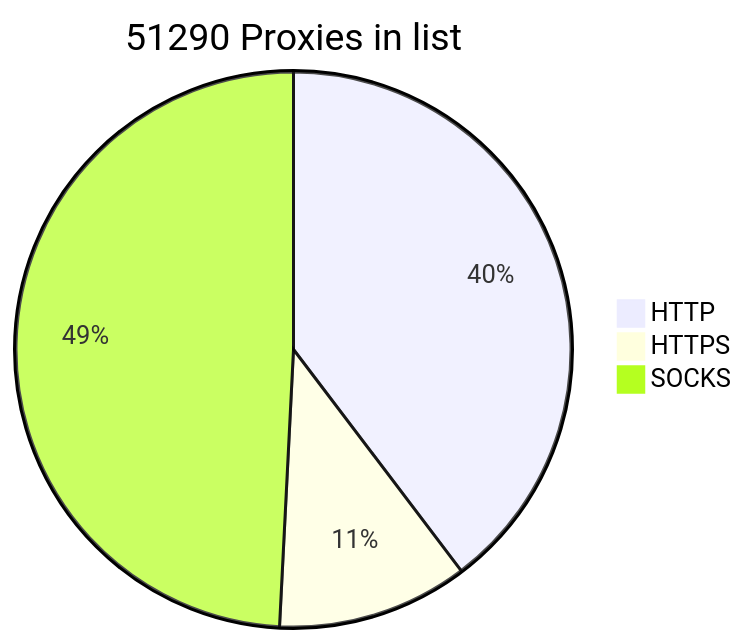
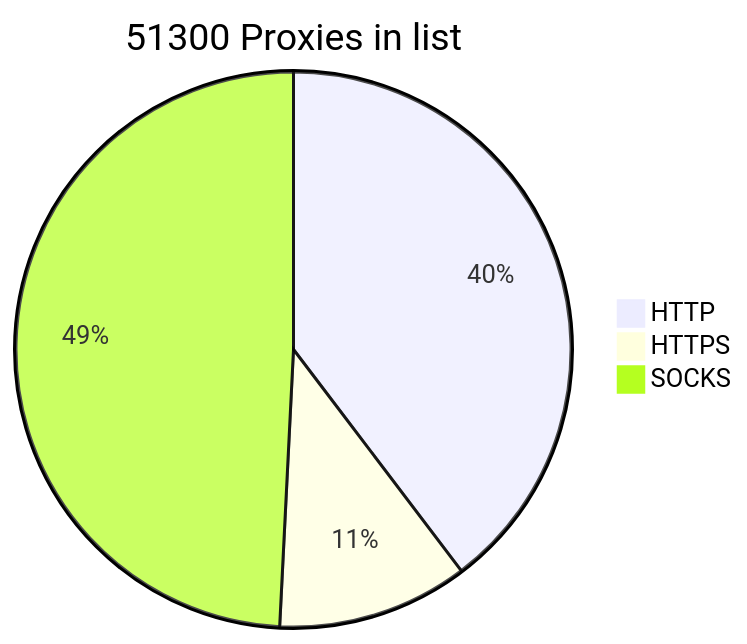
Before and after one commit to BlackSnowDot/proxylist-update-every-minute: the diagram in README.md, drawn with Mermaid.

````diff
--- a/README.md
+++ b/README.md
@@ -2,6 +2,6 @@
 ```mermaid
-pie title 51290 Proxies in list
+pie title 51300 Proxies in list
     "HTTP" : 22586
     "HTTPS": 6332
-    "SOCKS" : 28005
+    "SOCKS" : 28014
 ```
````
